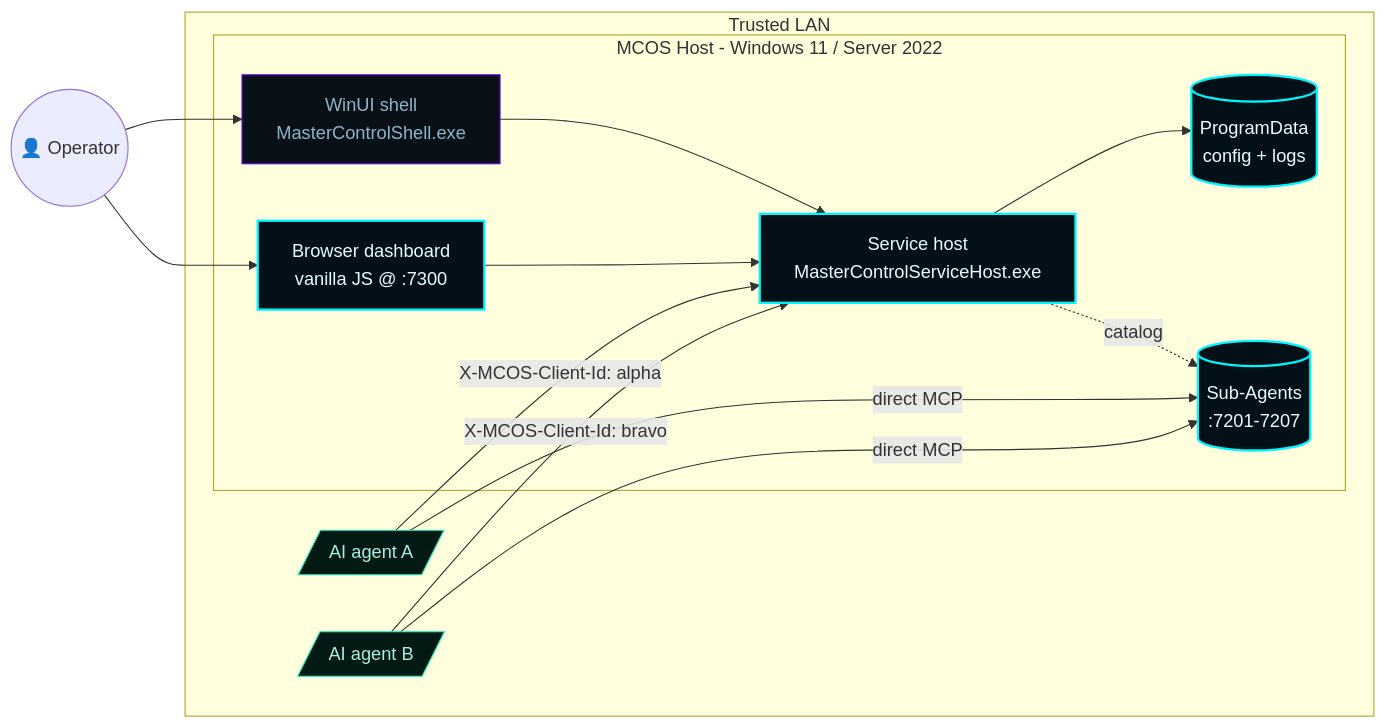
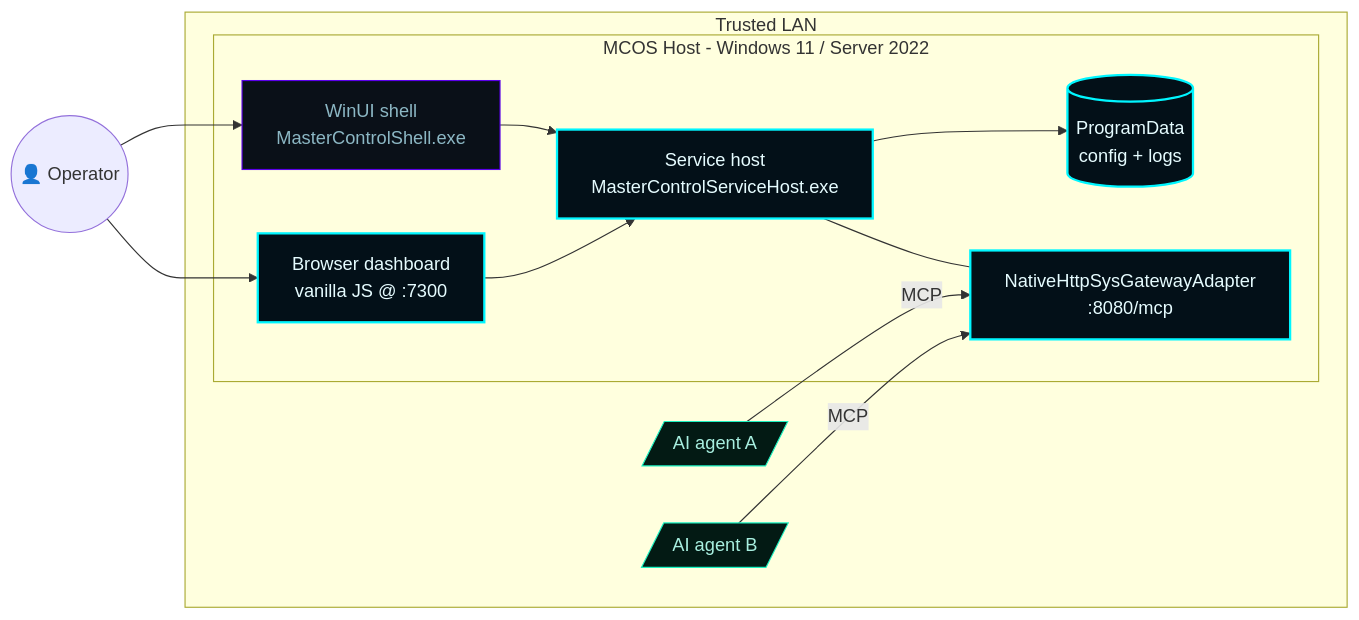
The first of 6 diagrams in docs/wiki/Infrastructure.md (flynn33/Master-Control-Orchestration-Server), drawn with Mermaid before and after one commit. The commit also changed other lines of this file and 19 other files, not shown here.

````diff
--- a/docs/wiki/Infrastructure.md
+++ b/docs/wiki/Infrastructure.md
@@ -18,29 +18,27 @@
 ```mermaid
 flowchart LR
     classDef accent fill:#031018,stroke:#00F6FF,color:#E6FCFF,stroke-width:2px;
     classDef good fill:#031a14,stroke:#1cf2c1,color:#a8efe0;
     classDef faint fill:#0a1018,stroke:#5A00E8,color:#8CB7C4;
 
     subgraph LAN[Trusted LAN]
         subgraph MCOS[MCOS Host - Windows 11 / Server 2022]
             Service[Service host<br/>MasterControlServiceHost.exe]:::accent
             Shell[WinUI shell<br/>MasterControlShell.exe]:::faint
             Browser[Browser dashboard<br/>vanilla JS @ :7300]:::accent
             Data[(ProgramData<br/>config + logs)]:::accent
-            SubAgents[(Sub-Agents<br/>:7201-7207)]:::accent
+            Gateway[NativeHttpSysGatewayAdapter<br/>:8080/mcp]:::accent
         end
         AgentA[/AI agent A/]:::good
         AgentB[/AI agent B/]:::good
     end
 
     Operator((👤 Operator)) --> Browser
     Operator --> Shell
     Shell --> Service
     Browser --> Service
     Service --> Data
-    Service -.catalog.-> SubAgents
-    AgentA -- "X-MCOS-Client-Id: alpha" --> Service
-    AgentB -- "X-MCOS-Client-Id: bravo" --> Service
-    AgentA -- direct MCP --> SubAgents
-    AgentB -- direct MCP --> SubAgents
+    Service --- Gateway
+    AgentA -- MCP --> Gateway
+    AgentB -- MCP --> Gateway
 ```
````
